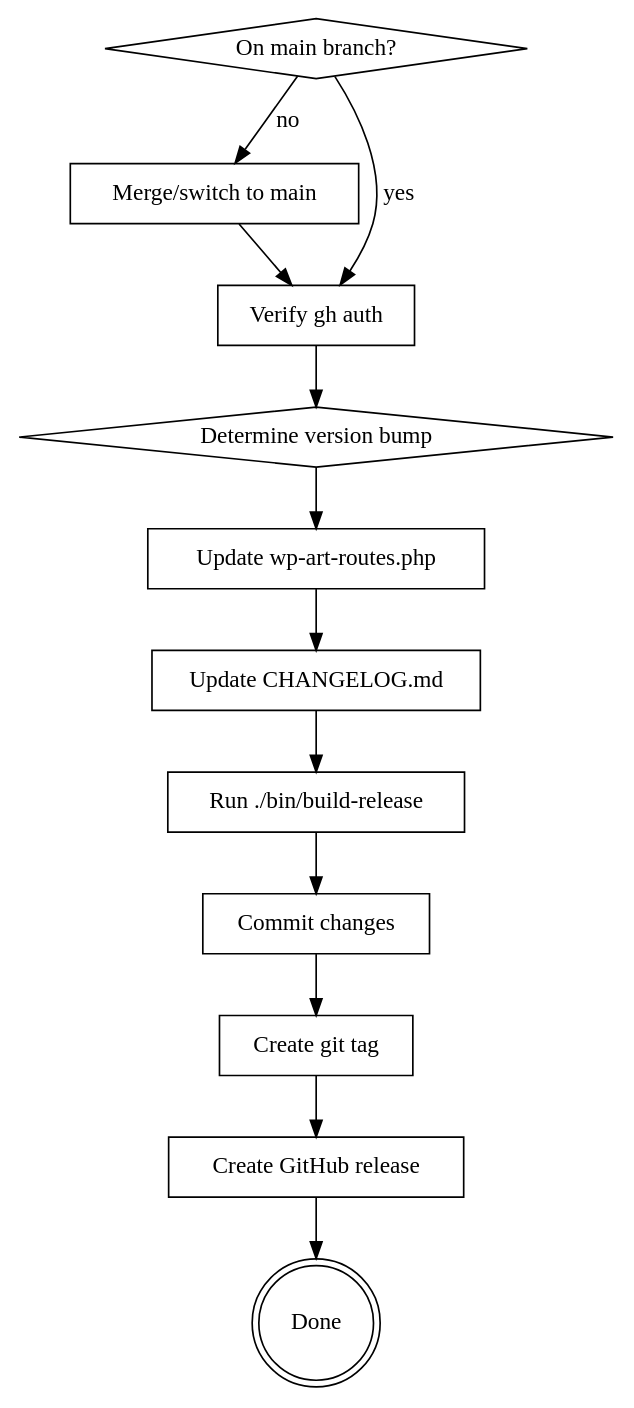
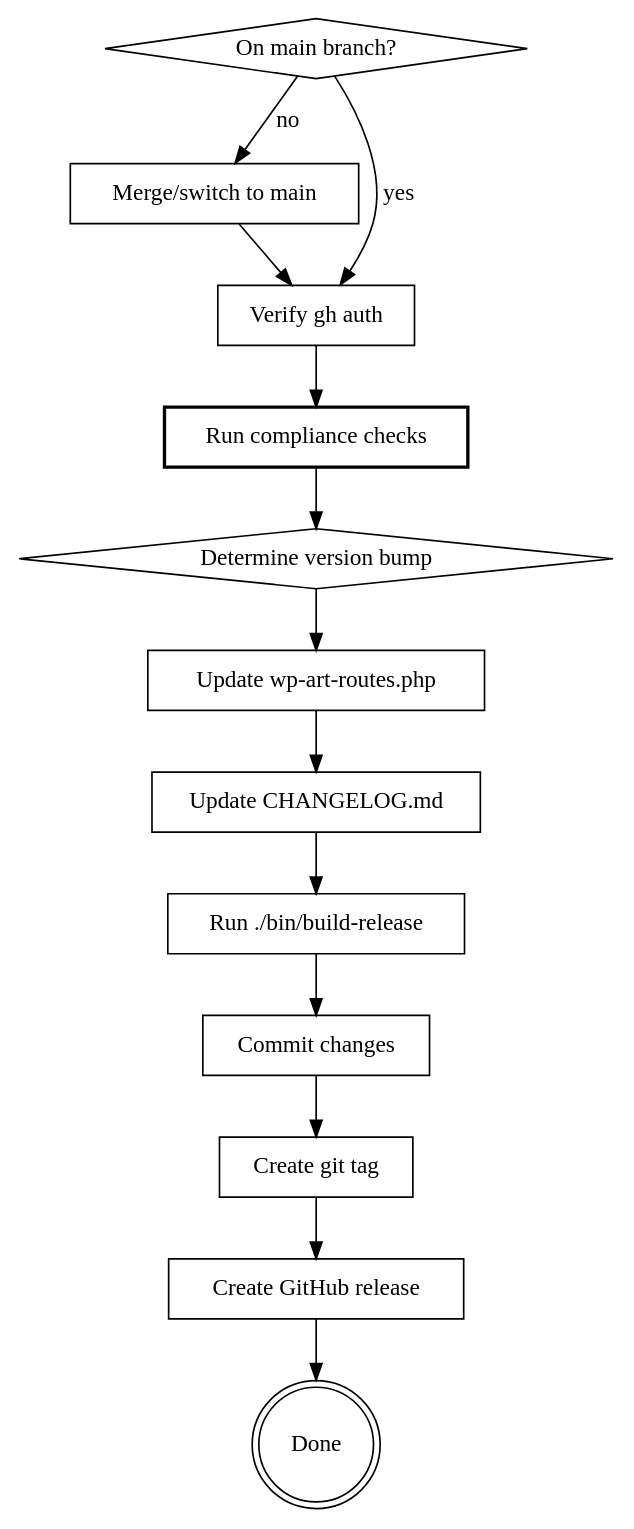
Before and after one commit to Koko-Koding/art-routes: the diagram in .claude/skills/release/SKILL.md, drawn with Graphviz. The commit also changed other lines of this file and 1 other file, not shown here.

First line of the commit message:
Add compliance checks to release workflow

````diff
--- a/.claude/skills/release/SKILL.md
+++ b/.claude/skills/release/SKILL.md
@@ -31,27 +32,29 @@
 ```dot
 digraph release_flow {
     "On main branch?" [shape=diamond];
     "Merge/switch to main" [shape=box];
     "Verify gh auth" [shape=box];
+    "Run compliance checks" [shape=box, style=bold];
     "Determine version bump" [shape=diamond];
     "Update wp-art-routes.php" [shape=box];
     "Update CHANGELOG.md" [shape=box];
     "Run ./bin/build-release" [shape=box];
     "Commit changes" [shape=box];
     "Create git tag" [shape=box];
     "Create GitHub release" [shape=box];
     "Done" [shape=doublecircle];
 
     "On main branch?" -> "Merge/switch to main" [label="no"];
     "On main branch?" -> "Verify gh auth" [label="yes"];
     "Merge/switch to main" -> "Verify gh auth";
-    "Verify gh auth" -> "Determine version bump";
+    "Verify gh auth" -> "Run compliance checks";
+    "Run compliance checks" -> "Determine version bump";
     "Determine version bump" -> "Update wp-art-routes.php";
     "Update wp-art-routes.php" -> "Update CHANGELOG.md";
     "Update CHANGELOG.md" -> "Run ./bin/build-release";
     "Run ./bin/build-release" -> "Commit changes";
     "Commit changes" -> "Create git tag";
     "Create git tag" -> "Create GitHub release";
     "Create GitHub release" -> "Done";
 }
 ```
````
